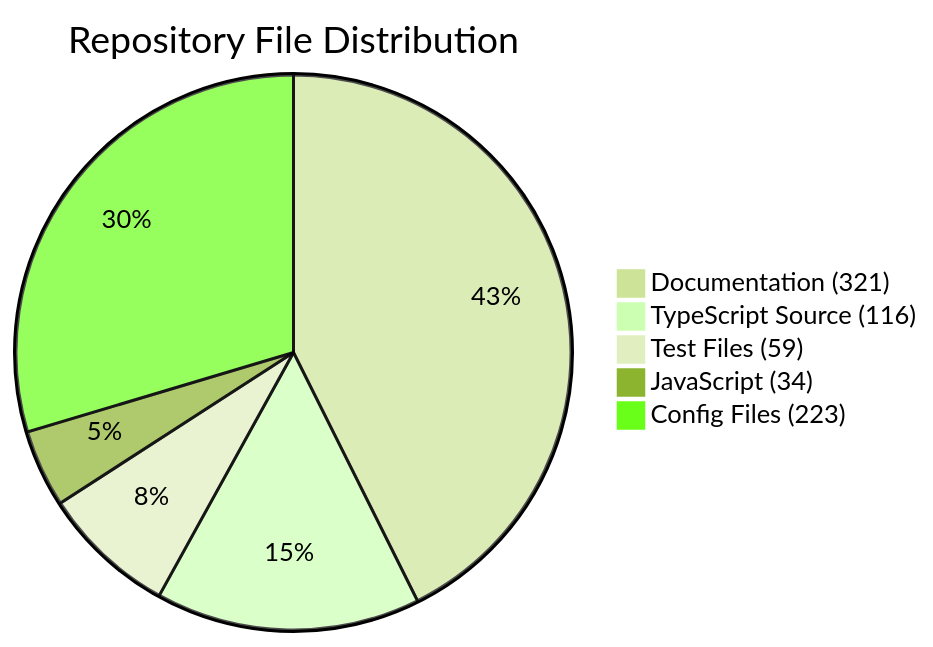
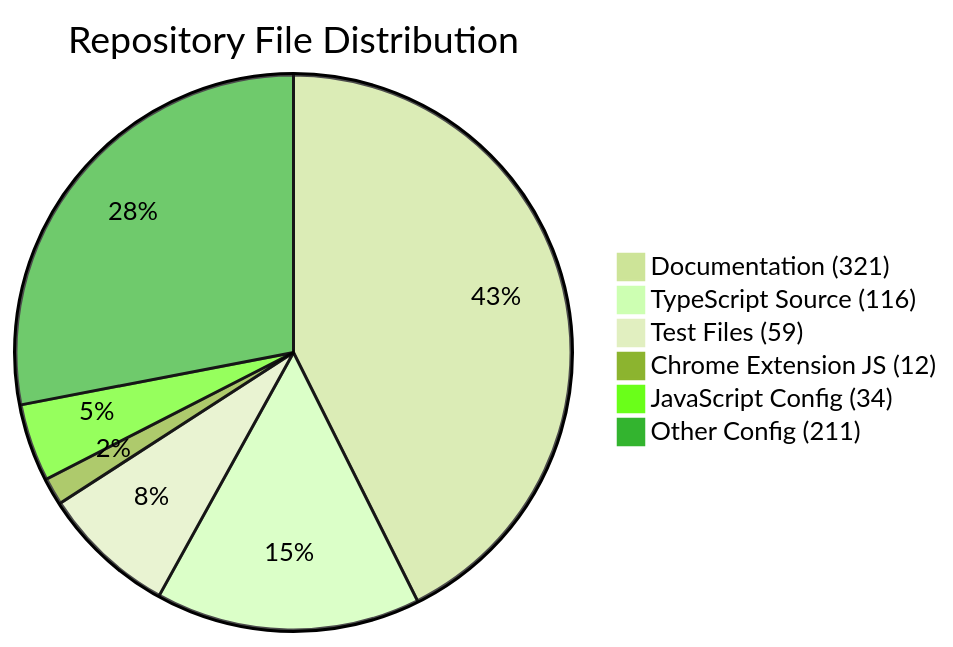
The first of 6 diagrams in STATS_OVERVIEW.md (creditXcredit/workstation), drawn with Mermaid (forest theme) before and after one commit. The commit also changed other lines of this file and 3 other files, not shown here.

Commit message:
Add Chrome extension code statistics (4,270 LOC, 9 features)

````diff
--- a/STATS_OVERVIEW.md
+++ b/STATS_OVERVIEW.md
@@ -42,8 +44,9 @@
 ```mermaid
 pie title Repository File Distribution
     "Documentation (321)" : 321
     "TypeScript Source (116)" : 116
     "Test Files (59)" : 59
-    "JavaScript (34)" : 34
-    "Config Files (223)" : 223
+    "Chrome Extension JS (12)" : 12
+    "JavaScript Config (34)" : 34
+    "Other Config (211)" : 211
 ```
````
